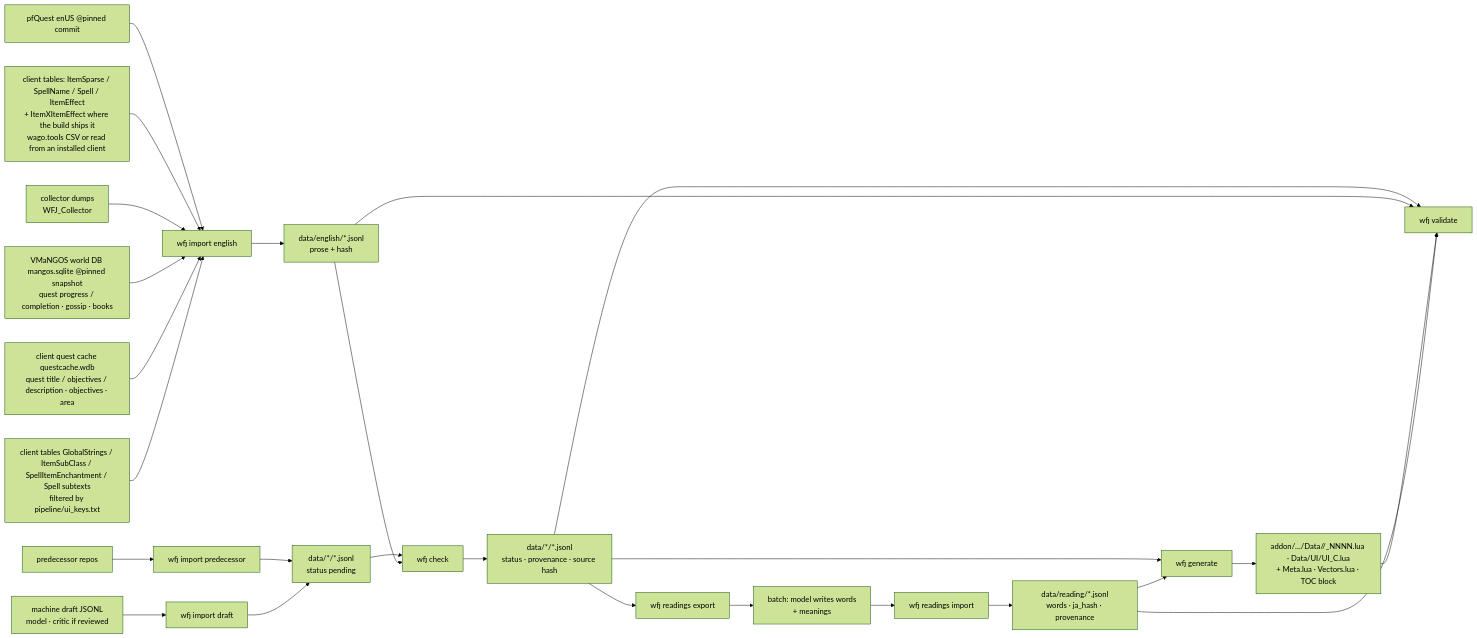
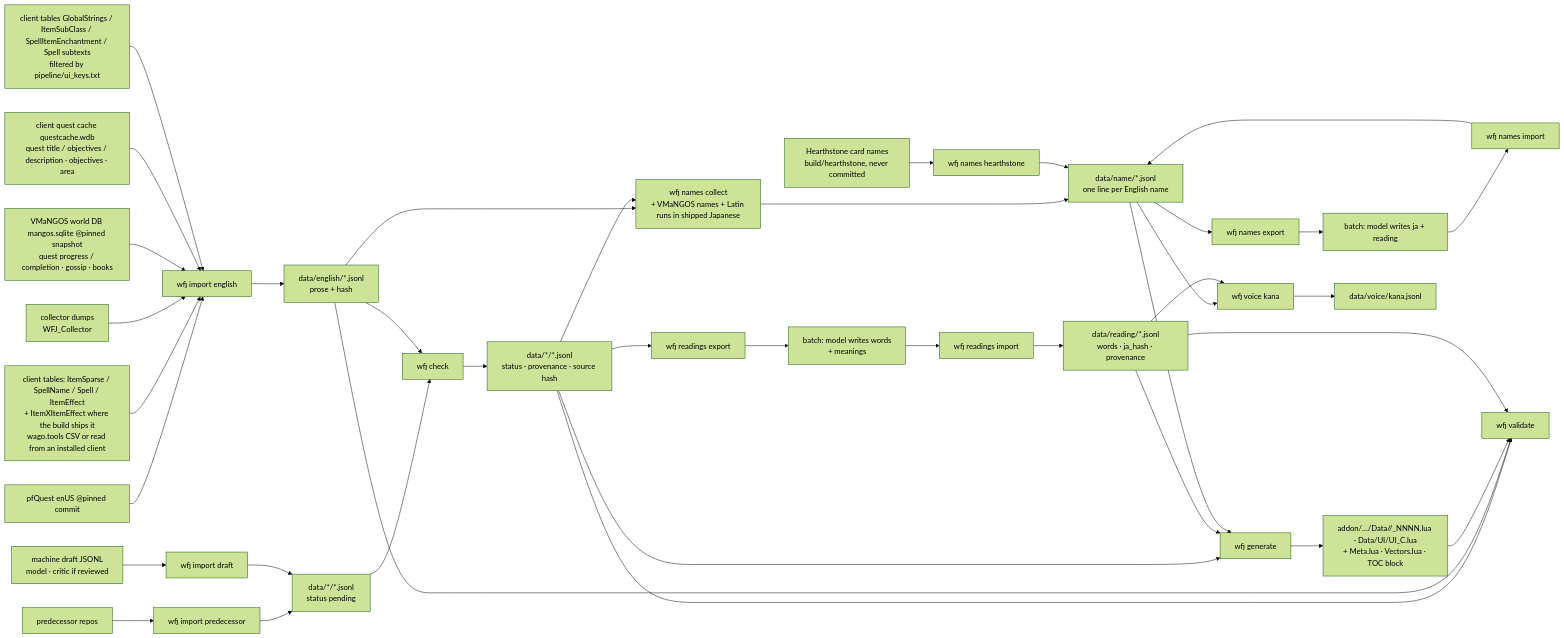
One commit to zyaga/wow-forever-japanese changed the diagram in docs/architecture/data-model.md. Above: the diagram before and after it, drawn with Mermaid (forest theme). The commit also changed other lines of this file and 8 other files, not shown here.

Commit message:
Docs for the name store and kana lines; validate checks names

````diff
--- a/docs/architecture/data-model.md
+++ b/docs/architecture/data-model.md
@@ -9,19 +9,24 @@
 ```mermaid
 flowchart LR
   P[predecessor repos] --> I[wfj import predecessor]
   Q[pfQuest enUS @pinned commit] --> E[wfj import english]
   W[client tables: ItemSparse / SpellName / Spell / ItemEffect<br/>+ ItemXItemEffect where the build ships it<br/>wago.tools CSV or read from an installed client] --> E
   C[collector dumps<br/>WFJ_Collector] --> E
   VM[VMaNGOS world DB mangos.sqlite @pinned snapshot<br/>quest progress / completion · gossip · books] --> E
   WDB[client quest cache questcache.wdb<br/>quest title / objectives / description · objectives · area] --> E
   U[client tables GlobalStrings / ItemSubClass / SpellItemEnchantment / Spell subtexts<br/>filtered by pipeline/ui_keys.txt] --> E
   E --> EN[data/english/*.jsonl<br/>prose + hash]
   I --> R[data/*/*.jsonl<br/>status pending]
   M[machine draft JSONL<br/>model · critic if reviewed] --> DR[wfj import draft] --> R
   R --> K[wfj check] ; EN --> K
   K --> D[data/*/*.jsonl<br/>status · provenance · source hash]
   D --> G[wfj generate] --> L[addon/…/Data/<Type>/<Type>_NNNN.lua · Data/UI/UI_C.lua<br/>+ Meta.lua · Vectors.lua · TOC block]
   D --> V[wfj validate] ; EN --> V ; L --> V
   D --> RX[wfj readings export] --> RB[batch: model writes words<br/>+ meanings] --> RI[wfj readings import] --> RD[data/reading/*.jsonl<br/>words · ja_hash · provenance]
   RD --> G ; RD --> V
+  EN --> NC[wfj names collect<br/>+ VMaNGOS names + Latin runs in shipped Japanese] ; D --> NC
+  HS[Hearthstone card names<br/>build/hearthstone, never committed] --> NH[wfj names hearthstone]
+  NC --> NM[data/name/*.jsonl<br/>one line per English name] ; NH --> NM
+  NM --> NX[wfj names export] --> NB[batch: model writes ja + reading] --> NI[wfj names import] --> NM
+  NM --> G ; NM --> KB[wfj voice kana] ; RD --> KB --> KL[data/voice/kana.jsonl]
 ```
````
